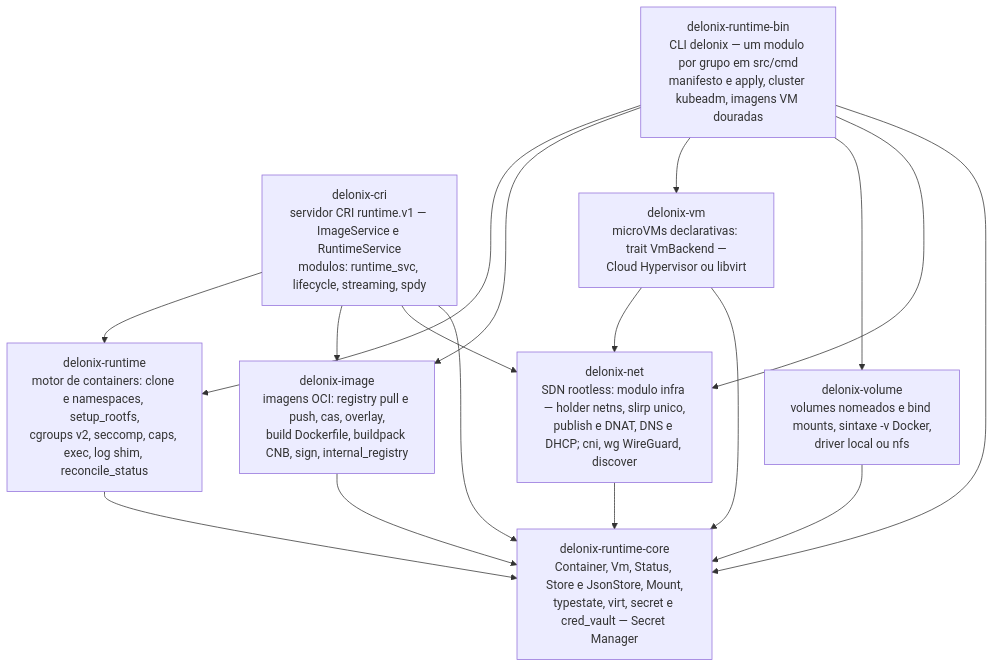
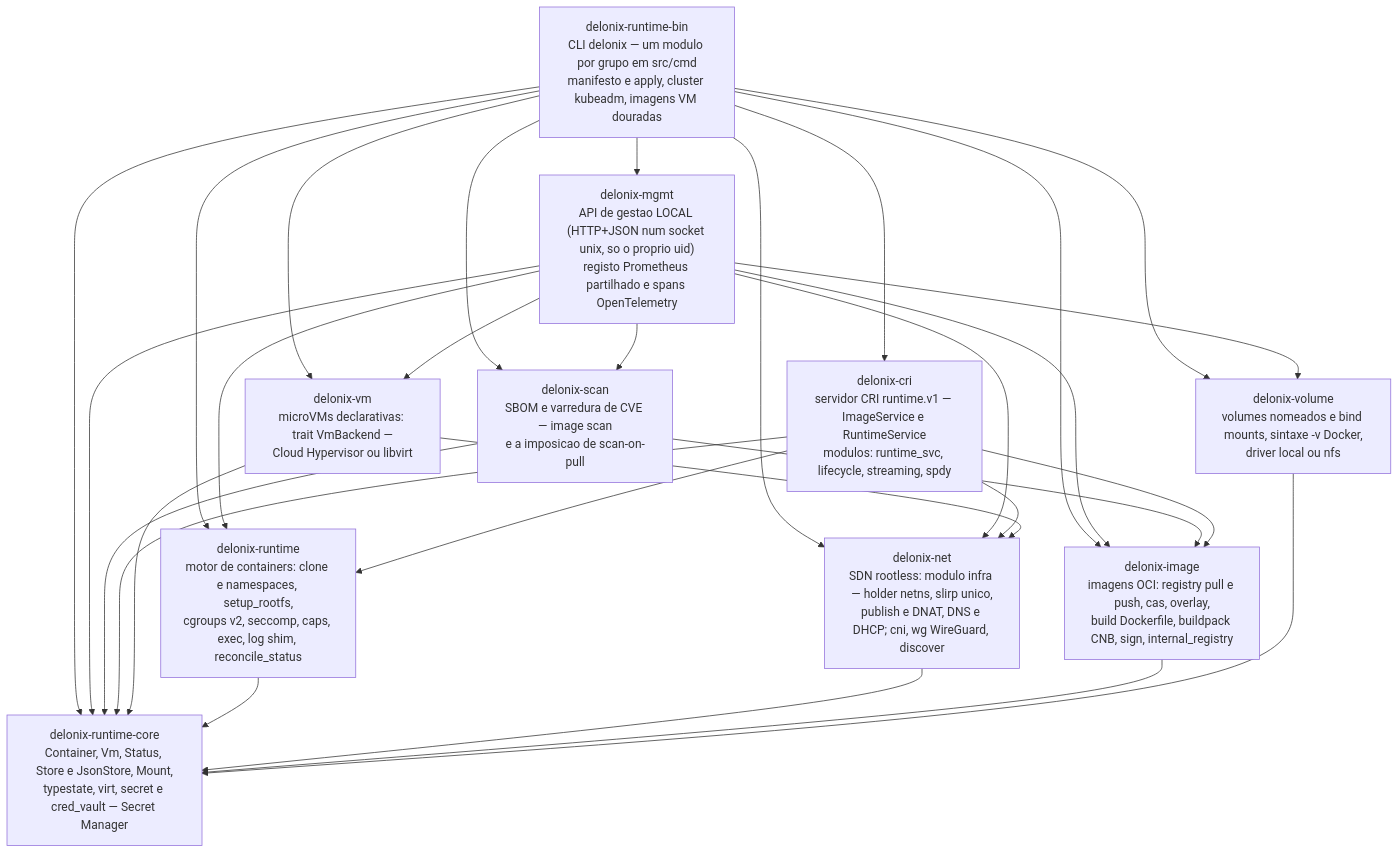
The third of 7 diagrams in ARCHITECTURE.md (angolardevops/delonix-runtime), drawn with Mermaid before and after one commit. The commit also changed other lines of this file and 4 other files, not shown here.

````diff
--- a/ARCHITECTURE.md
+++ b/ARCHITECTURE.md
@@ -137,31 +137,47 @@
 ```mermaid
 graph TB
     BIN["delonix-runtime-bin<br>CLI delonix — um modulo por grupo em src/cmd<br>manifesto e apply, cluster kubeadm, imagens VM douradas"]
     CRI["delonix-cri<br>servidor CRI runtime.v1 — ImageService e RuntimeService<br>modulos: runtime_svc, lifecycle, streaming, spdy"]
     RT["delonix-runtime<br>motor de containers: clone e namespaces, setup_rootfs,<br>cgroups v2, seccomp, caps, exec, log shim, reconcile_status"]
     NET["delonix-net<br>SDN rootless: modulo infra — holder netns, slirp unico,<br>publish e DNAT, DNS e DHCP; cni, wg WireGuard, discover"]
     IMG["delonix-image<br>imagens OCI: registry pull e push, cas, overlay,<br>build Dockerfile, buildpack CNB, sign, internal_registry"]
     VM2["delonix-vm<br>microVMs declarativas: trait VmBackend —<br>Cloud Hypervisor ou libvirt"]
     VOL["delonix-volume<br>volumes nomeados e bind mounts, sintaxe -v Docker,<br>driver local ou nfs"]
     CORE["delonix-runtime-core<br>Container, Vm, Status, Store e JsonStore, Mount,<br>typestate, virt, secret e cred_vault — Secret Manager"]
+    MGMT["delonix-mgmt<br>API de gestao LOCAL (HTTP+JSON num socket unix, so o proprio uid)<br>registo Prometheus partilhado e spans OpenTelemetry"]
+    SCAN["delonix-scan<br>SBOM e varredura de CVE — image scan<br>e a imposicao de scan-on-pull"]
 
     BIN --> RT
     BIN --> IMG
     BIN --> VM2
     BIN --> VOL
     BIN --> NET
     BIN --> CORE
+    BIN --> CRI
+    BIN --> MGMT
+    BIN --> SCAN
+
+    MGMT --> RT
+    MGMT --> IMG
+    MGMT --> VM2
+    MGMT --> VOL
+    MGMT --> NET
+    MGMT --> SCAN
+    MGMT --> CORE
+
+    SCAN --> IMG
+    SCAN --> CORE
 
     CRI --> RT
     CRI --> IMG
     CRI --> NET
     CRI --> CORE
 
     VM2 --> NET
     VM2 --> CORE
 
     RT --> CORE
     NET --> CORE
     IMG --> CORE
     VOL --> CORE
 ```
````
